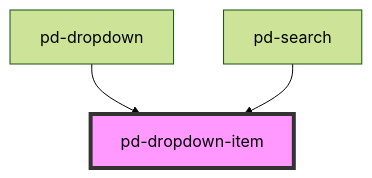
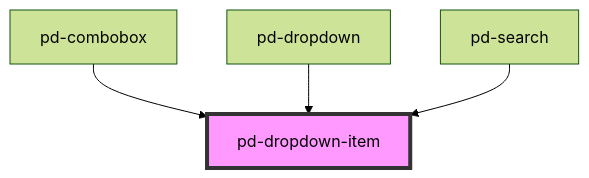
Before and after one commit to Lambda-IT/parlamentsdienste-components: the diagram in src/components/pd-dropdown-item/readme.md, drawn with Mermaid (forest theme). The commit also changed other lines of this file and 3 other files, not shown here.

````diff
--- a/src/components/pd-dropdown-item/readme.md
+++ b/src/components/pd-dropdown-item/readme.md
@@ -25,6 +26,7 @@
 ```mermaid
 graph TD;
+  pd-combobox --> pd-dropdown-item
   pd-dropdown --> pd-dropdown-item
   pd-search --> pd-dropdown-item
   style pd-dropdown-item fill:#f9f,stroke:#333,stroke-width:4px
 ```
````
